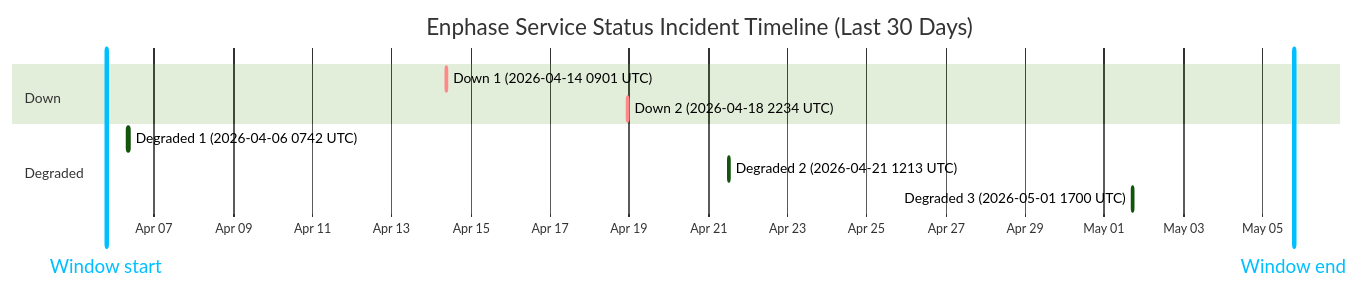
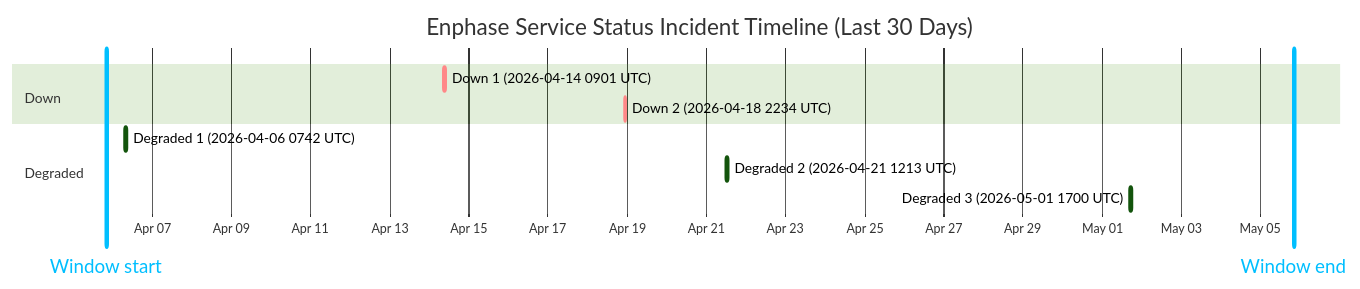
The diagram in wiki/Service-Status-History.md (barneyonline/ha-enphase-ev-charger), drawn with Mermaid (forest theme) before and after one commit. The commit also changed other lines of this file and 3 other files, not shown here.

````diff
--- a/wiki/Service-Status-History.md
+++ b/wiki/Service-Status-History.md
@@ -14,15 +14,15 @@
 ```mermaid
 gantt
     title Enphase Service Status Incident Timeline (Last 30 Days)
     dateFormat  YYYY-MM-DDTHH:mm:ss
     axisFormat  %b %d
-    Window start :vert, window-start, 2026-04-05T18:52:40, 0ms
-    Window end :vert, window-end, 2026-05-05T18:52:40, 0ms
+    Window start :vert, window-start, 2026-04-05T20:06:53, 0ms
+    Window end :vert, window-end, 2026-05-05T20:06:53, 0ms
     section Down
     Down 1 (2026-04-14 0901 UTC) :crit, down-1, 2026-04-14T09:01:13, 60m
     Down 2 (2026-04-18 2234 UTC) :crit, down-2, 2026-04-18T22:34:13, 60m
     section Degraded
     Degraded 1 (2026-04-06 0742 UTC) :active, degraded-1, 2026-04-06T07:42:09, 85m
     Degraded 2 (2026-04-21 1213 UTC) :active, degraded-2, 2026-04-21T12:13:11, 60m
     Degraded 3 (2026-05-01 1700 UTC) :active, degraded-3, 2026-05-01T17:00:22, 60m
 ```
````
